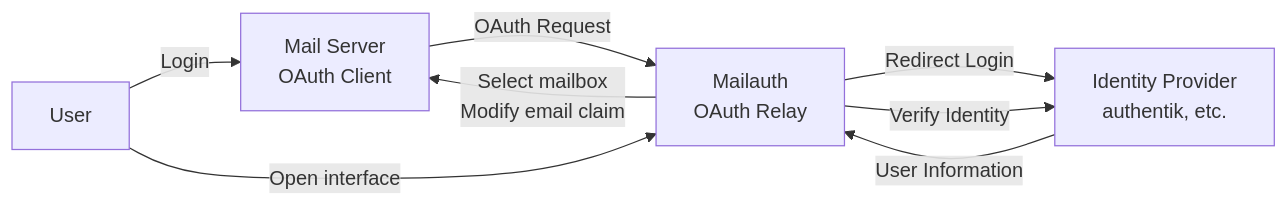
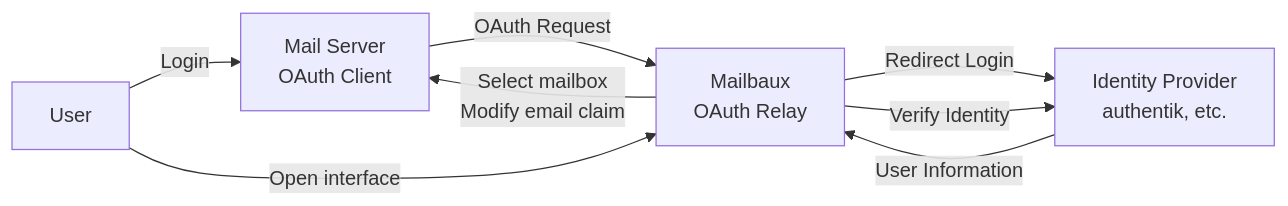
One commit to CodeShellDev/mailbaux changed the diagram in .github/templates/README.template.md. Above: the diagram before and after it, drawn with Mermaid. The commit also changed other lines of this file and 10 other files, not shown here.

````diff
--- a/.github/templates/README.template.md
+++ b/.github/templates/README.template.md
@@ -51,18 +51,18 @@
 ```mermaid
 flowchart LR
     User[User]
 
     Mail[Mail Server<br/>OAuth Client]
-    Mailauth[Mailauth<br/>OAuth Relay]
+    Mailbaux[Mailbaux<br/>OAuth Relay]
     IdP[Identity Provider<br/>authentik, etc.]
 
     User -->|Login| Mail
-    Mail -->|OAuth Request| Mailauth
-    Mailauth -->|Select mailbox<br/>Modify email claim| Mail
+    Mail -->|OAuth Request| Mailbaux
+    Mailbaux -->|Select mailbox<br/>Modify email claim| Mail
 
-    User -->|Open interface| Mailauth
+    User -->|Open interface| Mailbaux
 
-    Mailauth -->|Redirect Login| IdP
-    Mailauth -->|Verify Identity| IdP
-    IdP -->|User Information| Mailauth
+    Mailbaux -->|Redirect Login| IdP
+    Mailbaux -->|Verify Identity| IdP
+    IdP -->|User Information| Mailbaux
 ```
````
